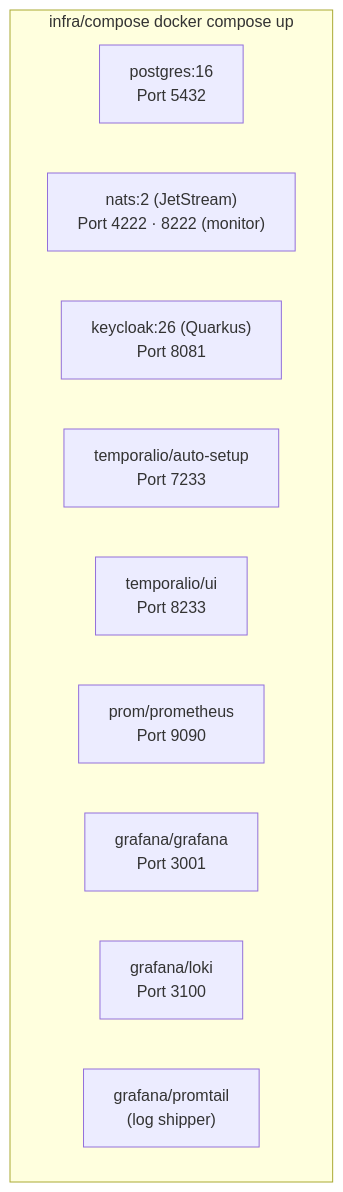
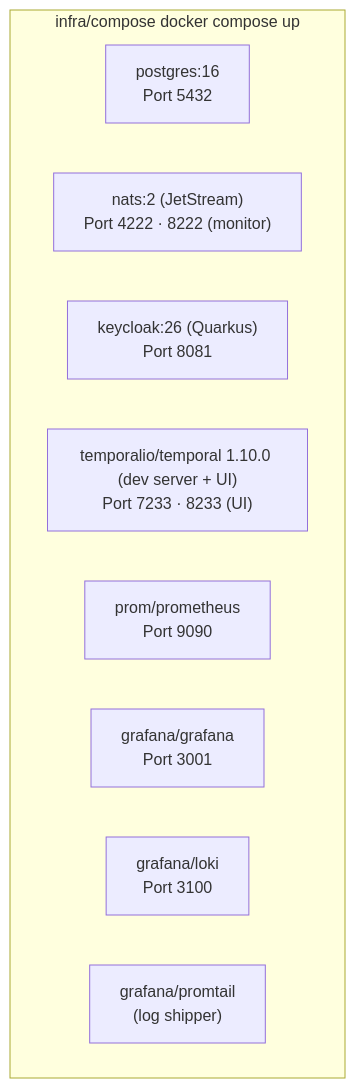
Before and after one commit to RevelationCore/Revelation-SRS: the first of 2 diagrams in docs/architecture/deployment-architecture.md, drawn with Mermaid. The commit also changed other lines of this file and 51 other files, not shown here.

````diff
--- a/docs/architecture/deployment-architecture.md
+++ b/docs/architecture/deployment-architecture.md
@@ -59,14 +59,13 @@
 ```mermaid
 graph TB
     subgraph Compose["infra/compose docker compose up"]
         PG["postgres:16\nPort 5432"]
         NATS["nats:2 (JetStream)\nPort 4222 · 8222 (monitor)"]
         KC["keycloak:26 (Quarkus)\nPort 8081"]
-        TMP["temporalio/auto-setup\nPort 7233"]
-        TUI["temporalio/ui\nPort 8233"]
+        TMP["temporalio/temporal 1.10.0 (dev server + UI)\nPort 7233 · 8233 (UI)"]
         PROM["prom/prometheus\nPort 9090"]
         GRF["grafana/grafana\nPort 3001"]
         LOKI["grafana/loki\nPort 3100"]
         PRTL["grafana/promtail\n(log shipper)"]
     end
 ```
````
